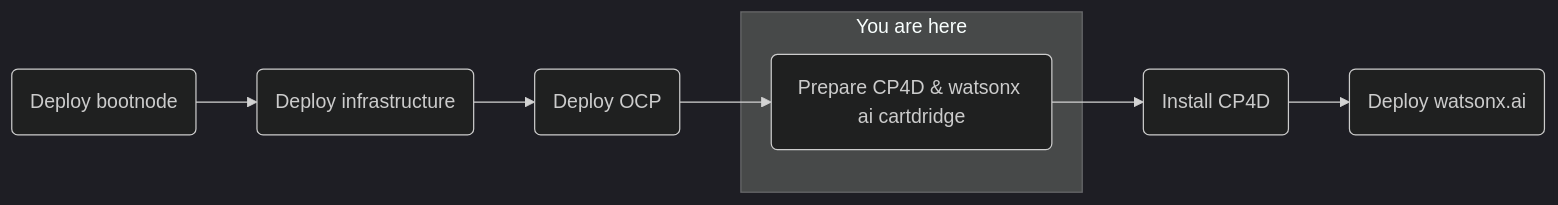
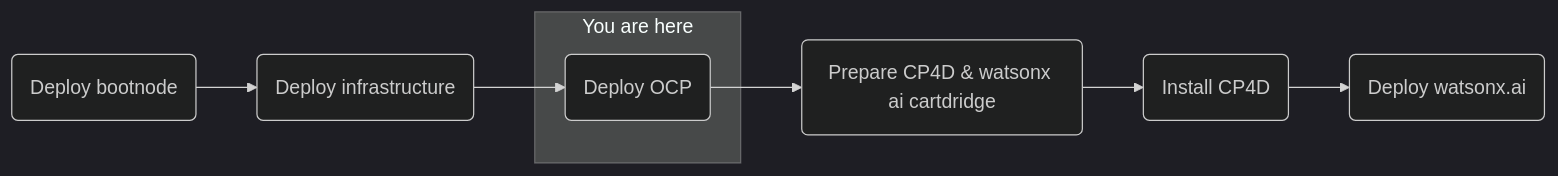
Before and after one commit to ibm-client-engineering/solution-wxai-aws: the diagram in flight-logs/2024-04-02-cocreate.mdx, drawn with Mermaid (dark theme). The commit also changed other lines of this file, not shown here.

Commit message:
fixed updated flight logs

````diff
--- a/flight-logs/2024-04-02-cocreate.mdx
+++ b/flight-logs/2024-04-02-cocreate.mdx
@@ -11,11 +11,11 @@
 ```mermaid
 flowchart LR
     A(Deploy bootnode) --> B(Deploy infrastructure)
-    B -->C(Deploy OCP)
     subgraph "You are here"
-    D(Prepare CP4D & watsonx ai cartdridge)
+    C(Deploy OCP)
     end
-    C -->D
+    B -->C
+    C --> D(Prepare CP4D & watsonx ai cartdridge)
     D -->E(Install CP4D)
     E -->F(Deploy watsonx.ai)
 ```
````
